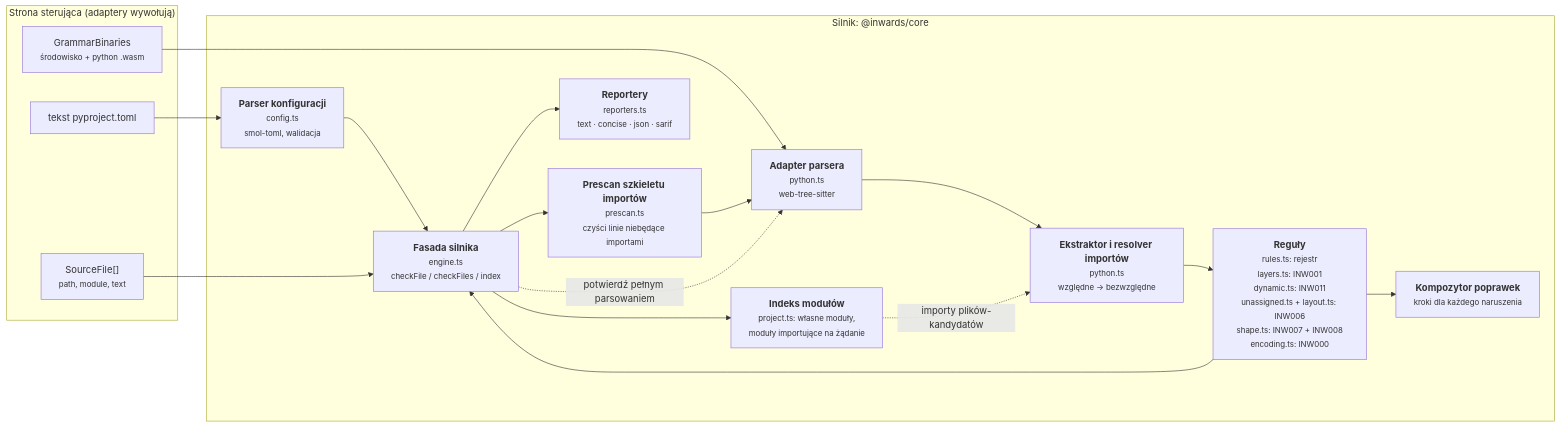
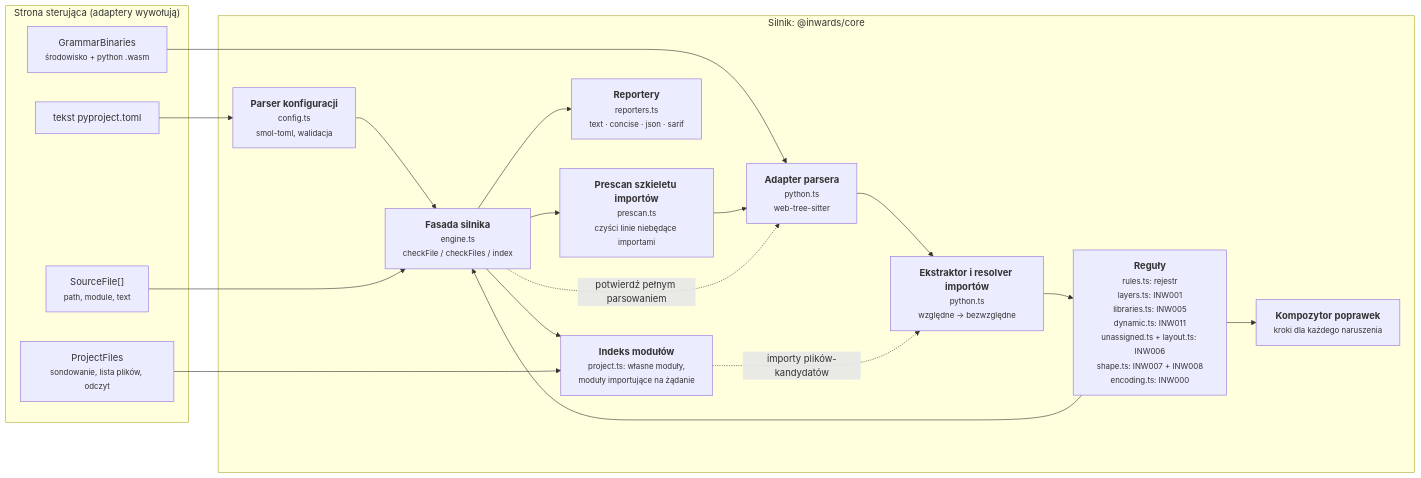
One commit to SirCypkowskyy/inwards changed the third of 6 diagrams in docs/pl/03-Architecture-C4.md. Above: the diagram before and after it, drawn with Mermaid. The commit also changed other lines of this file and 10 other files, not shown here.

````diff
--- a/docs/pl/03-Architecture-C4.md
+++ b/docs/pl/03-Architecture-C4.md
@@ -104,31 +104,33 @@
 ```mermaid
 flowchart LR
     subgraph driving["Strona sterująca (adaptery wywołują)"]
         files["SourceFile[]<br/><small>path, module, text</small>"]
         cfgtext["tekst pyproject.toml"]
         wasm["GrammarBinaries<br/><small>środowisko + python .wasm</small>"]
+        pfiles["ProjectFiles<br/><small>sondowanie, lista plików, odczyt</small>"]
     end
 
     subgraph enginebox["Silnik: @inwards/core"]
         config["<b>Parser konfiguracji</b><br/><small>config.ts<br/>smol-toml, walidacja</small>"]
         pre["<b>Prescan szkieletu importów</b><br/><small>prescan.ts<br/>czyści linie niebędące importami</small>"]
         parser["<b>Adapter parsera</b><br/><small>python.ts<br/>web-tree-sitter</small>"]
         extract["<b>Ekstraktor i resolver importów</b><br/><small>python.ts<br/>względne → bezwzględne</small>"]
-        rules["<b>Reguły</b><br/><small>rules.ts: rejestr<br/>layers.ts: INW001<br/>dynamic.ts: INW011<br/>unassigned.ts + layout.ts: INW006<br/>shape.ts: INW007 + INW008<br/>encoding.ts: INW000</small>"]
+        rules["<b>Reguły</b><br/><small>rules.ts: rejestr<br/>layers.ts: INW001<br/>libraries.ts: INW005<br/>dynamic.ts: INW011<br/>unassigned.ts + layout.ts: INW006<br/>shape.ts: INW007 + INW008<br/>encoding.ts: INW000</small>"]
         fix["<b>Kompozytor poprawek</b><br/><small>kroki dla każdego naruszenia</small>"]
         report["<b>Reportery</b><br/><small>reporters.ts<br/>text · concise · json · sarif</small>"]
         engine["<b>Fasada silnika</b><br/><small>engine.ts<br/>checkFile / checkFiles / index</small>"]
         modgraph["<b>Indeks modułów</b><br/><small>project.ts: własne moduły,<br/>moduły importujące na żądanie</small>"]
     end
 
     cfgtext --> config --> engine
     wasm --> parser
     files --> engine
     engine --> pre --> parser --> extract --> rules
     rules --> fix
     rules --> engine
     engine -. "potwierdź pełnym parsowaniem" .-> parser
     engine --> modgraph
+    pfiles --> modgraph
     modgraph -. "importy plików-kandydatów" .-> extract
     engine --> report
 ```
````
